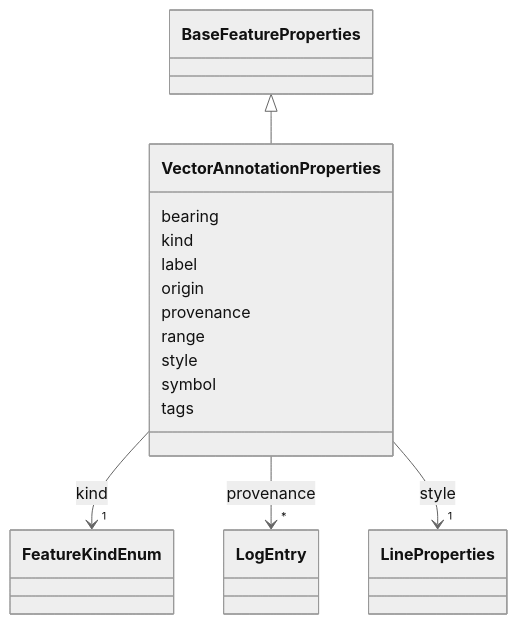
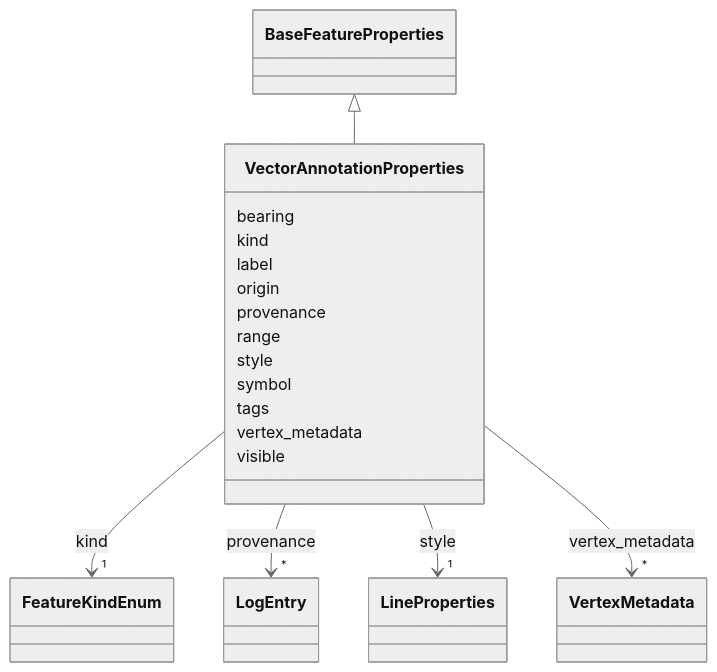
Before and after one commit to debrief/debrief-future: the diagram in schema-docs-md/classes/VectorAnnotationProperties.md, drawn with Mermaid (neutral theme). The commit also changed other lines of this file and 238 other files, not shown here.

````diff
--- a/schema-docs-md/classes/VectorAnnotationProperties.md
+++ b/schema-docs-md/classes/VectorAnnotationProperties.md
@@ -19,54 +19,67 @@
 ```mermaid
  classDiagram
     class VectorAnnotationProperties
     click VectorAnnotationProperties href "../../classes/VectorAnnotationProperties/"
       BaseFeatureProperties <|-- VectorAnnotationProperties
         click BaseFeatureProperties href "../../classes/BaseFeatureProperties/"
       
       VectorAnnotationProperties : bearing
         
       VectorAnnotationProperties : kind
         
           
     
         
         
         VectorAnnotationProperties --> "1" FeatureKindEnum : kind
         click FeatureKindEnum href "../../enums/FeatureKindEnum/"
     
 
         
       VectorAnnotationProperties : label
         
       VectorAnnotationProperties : origin
         
       VectorAnnotationProperties : provenance
         
           
     
         
         
         VectorAnnotationProperties --> "*" LogEntry : provenance
         click LogEntry href "../../classes/LogEntry/"
     
 
         
       VectorAnnotationProperties : range
         
       VectorAnnotationProperties : style
         
           
     
         
         
         VectorAnnotationProperties --> "1" LineProperties : style
         click LineProperties href "../../classes/LineProperties/"
     
 
         
       VectorAnnotationProperties : symbol
         
       VectorAnnotationProperties : tags
         
+      VectorAnnotationProperties : vertex_metadata
+        
+          
+    
+        
+        
+        VectorAnnotationProperties --> "*" VertexMetadata : vertex_metadata
+        click VertexMetadata href "../../classes/VertexMetadata/"
+    
+
+        
+      VectorAnnotationProperties : visible
+        
       
 ```
````
